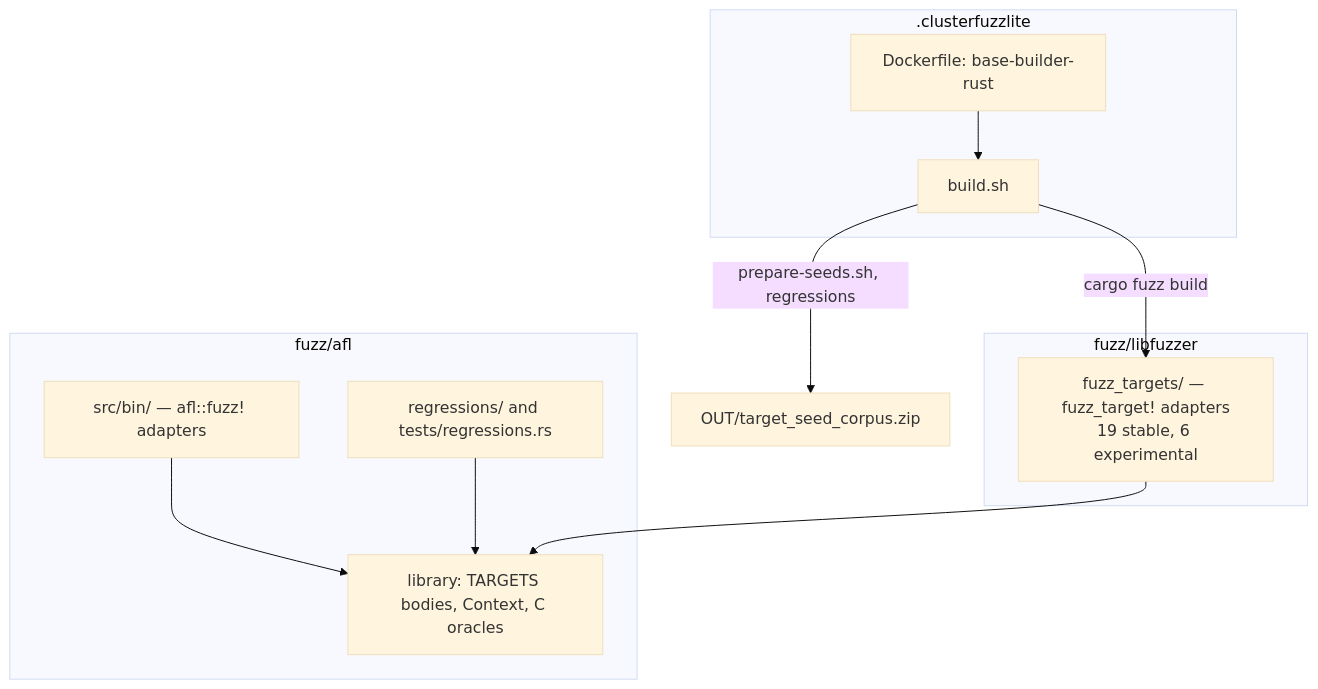
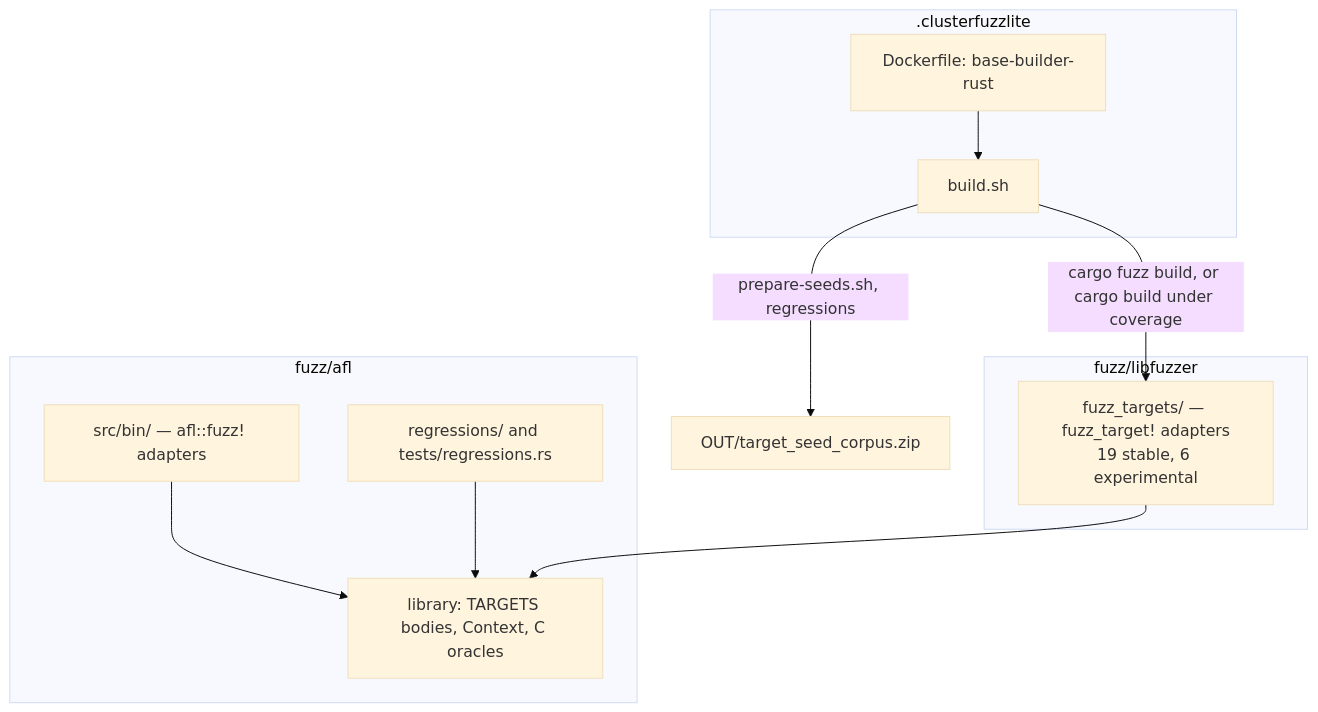
Before and after one commit to M-Compressors/mbrotli: the seventh of 16 diagrams in architecture/fuzzing.md, drawn with Mermaid (base theme). The commit also changed other lines of this file and 5 other files, not shown here.

````diff
--- a/architecture/fuzzing.md
+++ b/architecture/fuzzing.md
@@ -353,21 +353,21 @@
 ```mermaid
 graph TD
     subgraph afl["fuzz/afl"]
         aflbins["src/bin/ — afl::fuzz! adapters"]
         bodies["library: TARGETS bodies, Context, C oracles"]
         regs["regressions/ and tests/regressions.rs"]
     end
     subgraph lf["fuzz/libfuzzer"]
         lfbins["fuzz_targets/ — fuzz_target! adapters<br/>19 stable, 6 experimental"]
     end
     subgraph cflite[".clusterfuzzlite"]
         docker["Dockerfile: base-builder-rust"]
         build["build.sh"]
     end
     aflbins --> bodies
     regs --> bodies
     lfbins --> bodies
     docker --> build
-    build -->|cargo fuzz build| lfbins
+    build -->|"cargo fuzz build, or cargo build under coverage"| lfbins
     build -->|prepare-seeds.sh, regressions| corpora["OUT/target_seed_corpus.zip"]
 ```
````
